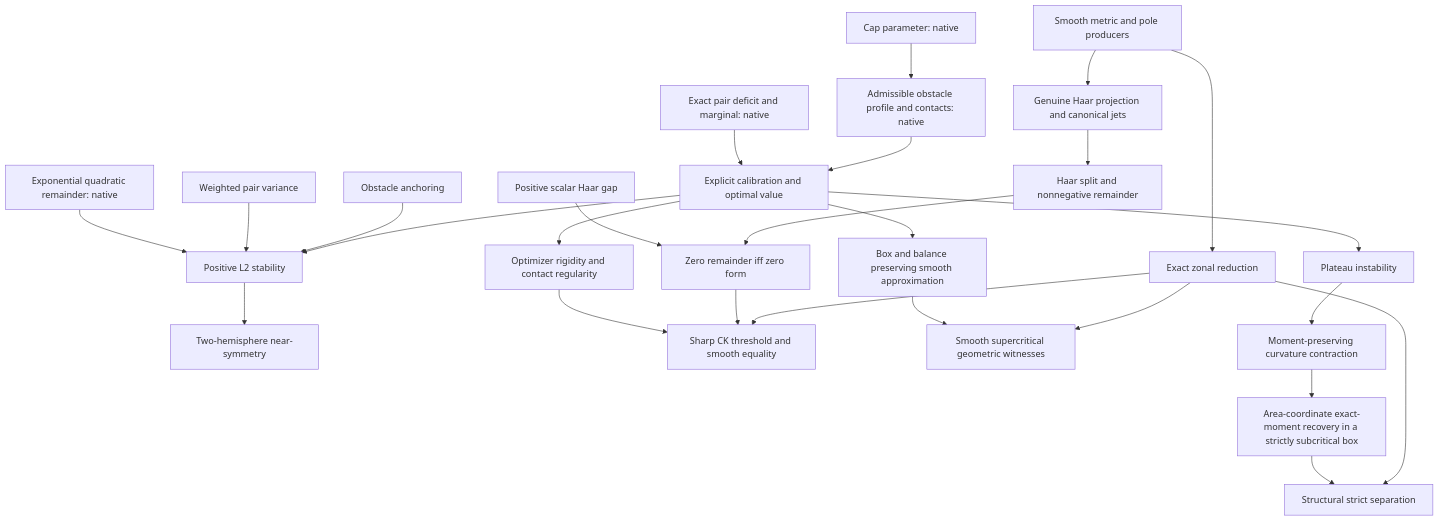
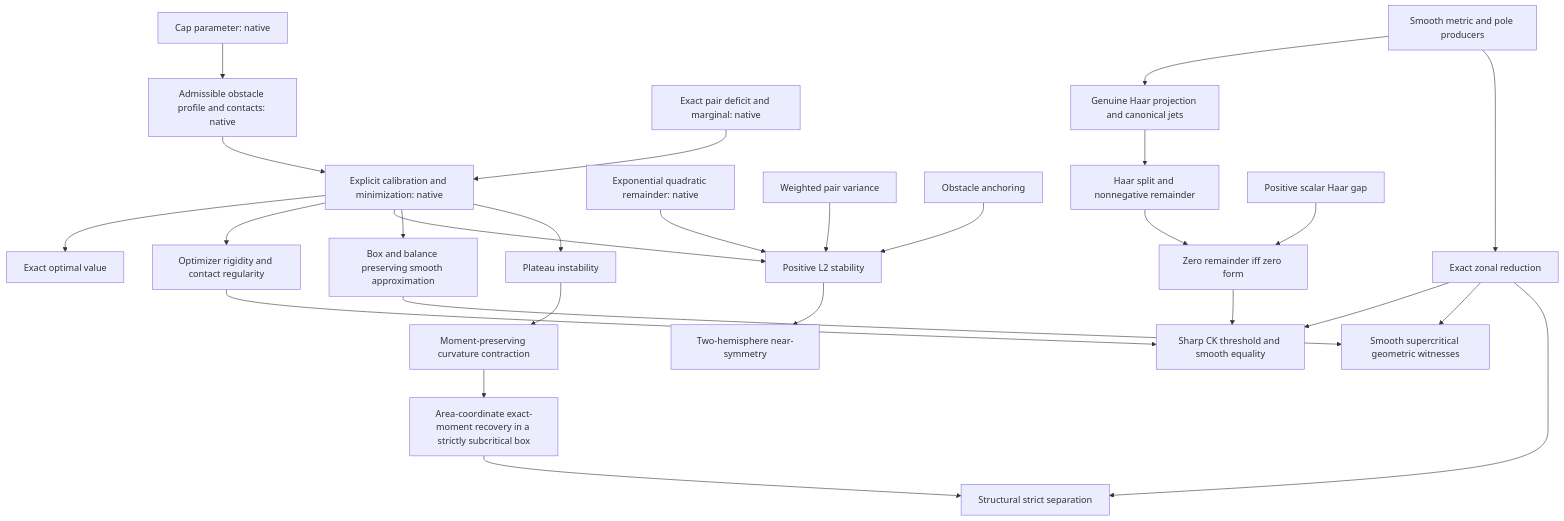
Before and after one commit to qinz1yang/ricci-flow-sharp-estimate: the diagram in docs/mathematical-status.md, drawn with Mermaid. The commit also changed other lines of this file and 23 other files, not shown here.

````diff
--- a/docs/mathematical-status.md
+++ b/docs/mathematical-status.md
@@ -45,28 +46,29 @@
 ```mermaid
 flowchart TD
   P[Cap parameter: native] --> O[Admissible obstacle profile and contacts: native]
-  D[Exact pair deficit and marginal: native] --> C[Explicit calibration and optimal value]
+  D[Exact pair deficit and marginal: native] --> C[Explicit calibration and minimization: native]
+  C --> OV[Exact optimal value]
   O --> C
   C --> R[Optimizer rigidity and contact regularity]
   E[Exponential quadratic remainder: native] --> S[Positive L2 stability]
   V[Weighted pair variance] --> S
   A[Obstacle anchoring] --> S
   C --> S
   S --> N[Two-hemisphere near-symmetry]
   G[Smooth metric and pole producers] --> H[Genuine Haar projection and canonical jets]
   G --> J[Exact zonal reduction]
   H --> Q[Haar split and nonnegative remainder]
   W[Positive scalar Haar gap] --> Z[Zero remainder iff zero form]
   Q --> Z
   R --> CK[Sharp CK threshold and smooth equality]
   Z --> CK
   J --> CK
   C --> B[Box and balance preserving smooth approximation]
   B --> X[Smooth supercritical geometric witnesses]
   J --> X
   T[Plateau instability] --> TC[Moment-preserving curvature contraction]
   TC --> F[Area-coordinate exact-moment recovery in a strictly subcritical box]
   F --> SEP[Structural strict separation]
   C --> T
   J --> SEP
 ```
````
